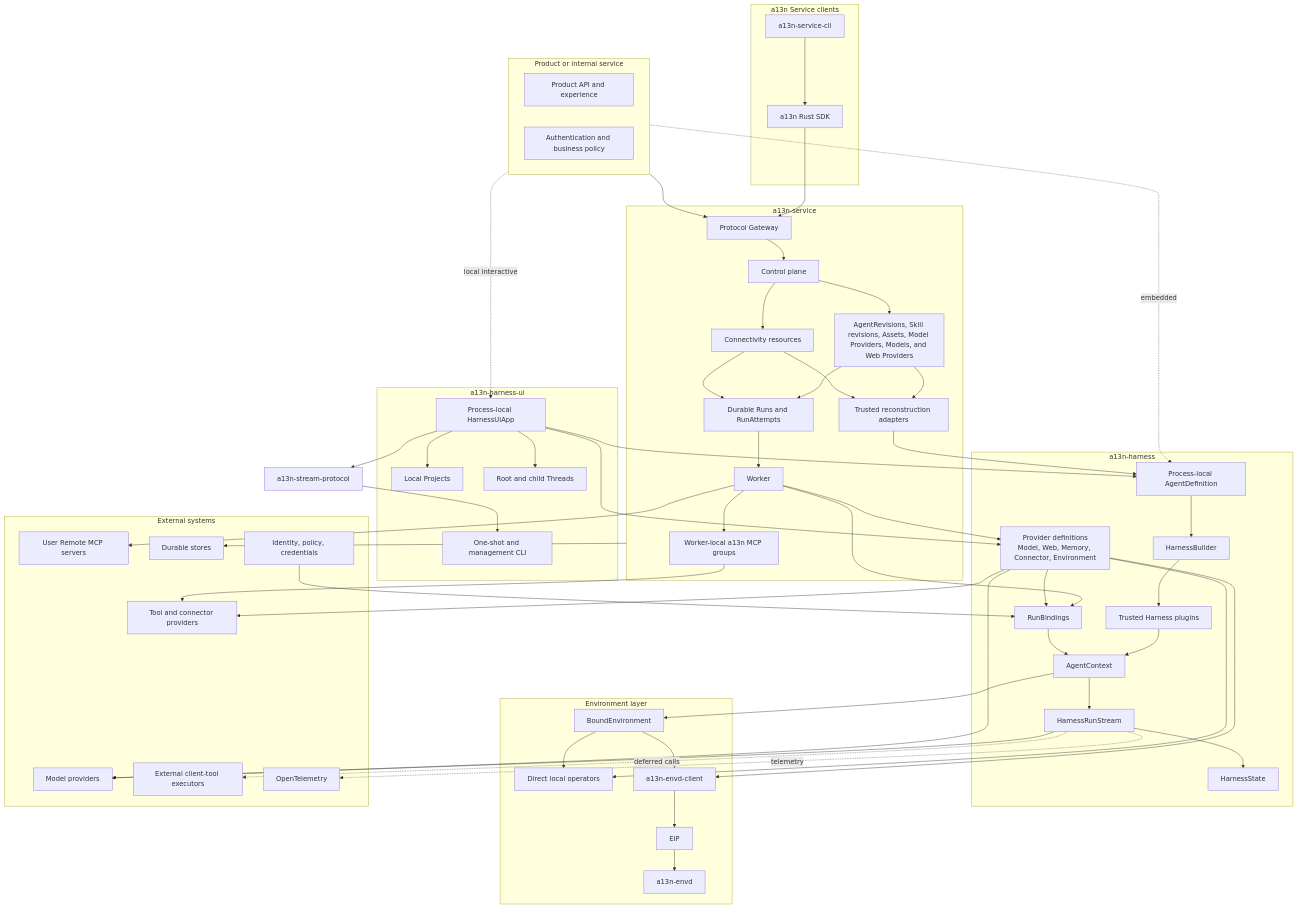
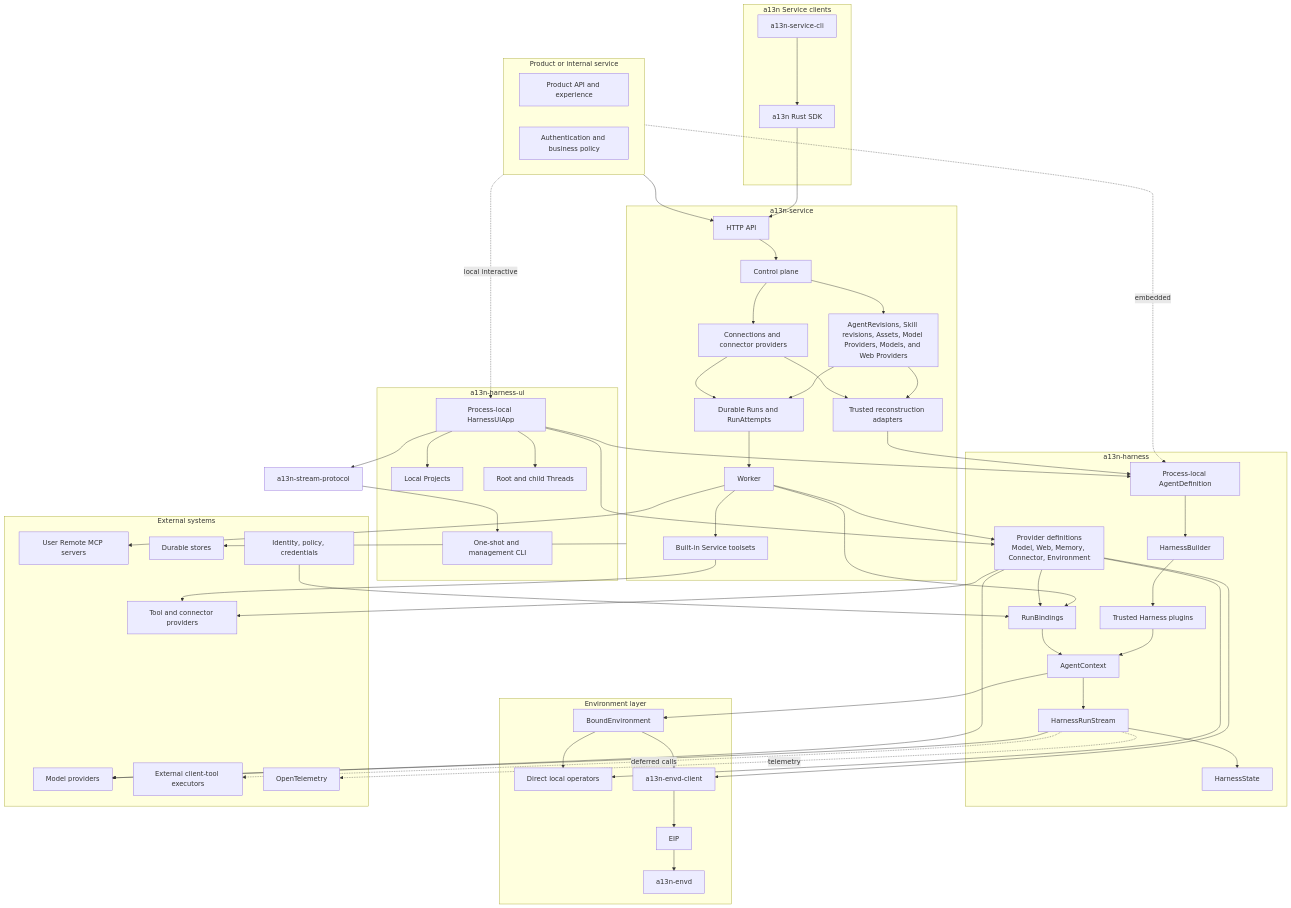
The first of 3 diagrams in spec/README.md (LTThreeComma/agent-foundation), drawn with Mermaid before and after one commit. The commit also changed other lines of this file and 125 other files, not shown here.

```diff
--- a/spec/README.md
+++ b/spec/README.md
@@ -35,14 +35,14 @@
     end
 
     subgraph Service[a13n-service]
-        Gateway[Protocol Gateway]
+        Gateway[HTTP API]
         Control[Control plane]
         Definitions[AgentRevisions, Skill revisions, Assets, Model Providers, Models, and Web Providers]
-        Connectivity[Connectivity resources]
+        Connectivity[Connections and connector providers]
         Lifecycle[Durable Runs and RunAttempts]
         Worker[Worker]
         Reconstruct[Trusted reconstruction adapters]
-        A13nMCP[Worker-local a13n MCP groups]
+        A13nMCP[Built-in Service toolsets]
     end
 
     subgraph LocalUI[a13n-harness-ui]
```
